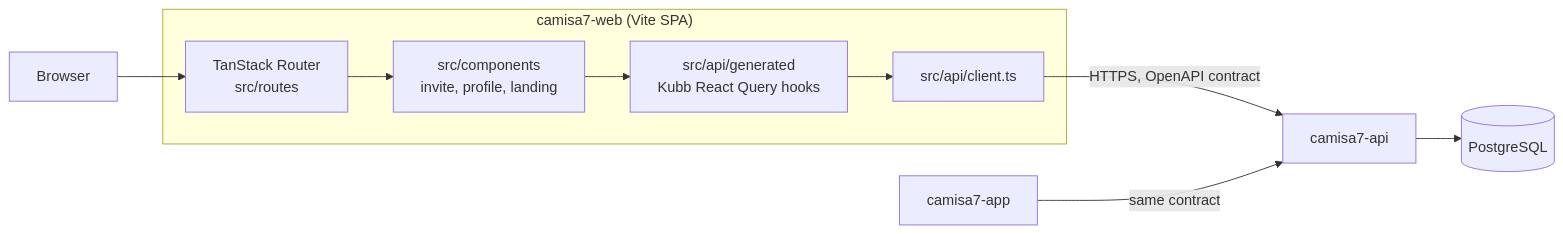
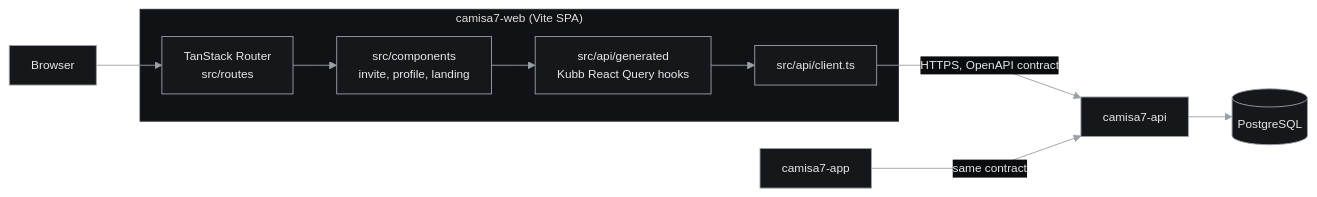
Before and after one commit to mkwitko/camisa7-web: the first of 2 diagrams in README.md, drawn with Mermaid. The commit also changed other lines of this file and 5 other files, not shown here.

Commit message:
brand: framed screenshots and diagram palette (#7)

````diff
--- a/README.md
+++ b/README.md
@@ -28,12 +28,13 @@
 ```mermaid
+%%{init: {"theme":"base","themeVariables":{"background":"#0B0C0E","primaryColor":"#15171B","primaryTextColor":"#E6E8EB","primaryBorderColor":"#9AA0A8","secondaryColor":"#1E2126","tertiaryColor":"#1E2126","lineColor":"#9AA0A8","textColor":"#E6E8EB","clusterBkg":"#101216","clusterBorder":"#2A2E35","edgeLabelBackground":"#0B0C0E","actorBkg":"#15171B","actorBorder":"#9AA0A8","actorTextColor":"#E6E8EB","signalColor":"#9AA0A8","signalTextColor":"#E6E8EB","noteBkgColor":"#1E2126","noteTextColor":"#E6E8EB","noteBorderColor":"#2A2E35","fontFamily":"ui-monospace, SFMono-Regular, Menlo, monospace","fontSize":"13px"}, "flowchart":{"curve":"linear","nodeSpacing":40,"rankSpacing":48,"padding":12}}}%%
 flowchart LR
   Browser --> Router["TanStack Router<br/>src/routes"]
   subgraph Web["camisa7-web (Vite SPA)"]
     Router --> Pages["src/components<br/>invite, profile, landing"]
     Pages --> Gen["src/api/generated<br/>Kubb React Query hooks"]
     Gen --> Client["src/api/client.ts"]
   end
   Client -->|HTTPS, OpenAPI contract| API["camisa7-api"]
   App["camisa7-app"] -->|same contract| API
   API --> PG[("PostgreSQL")]
 ```
````
